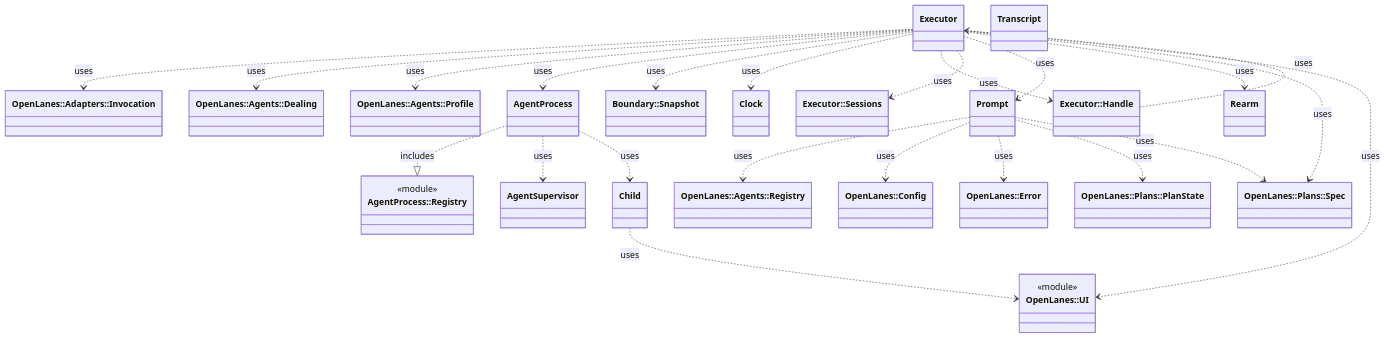
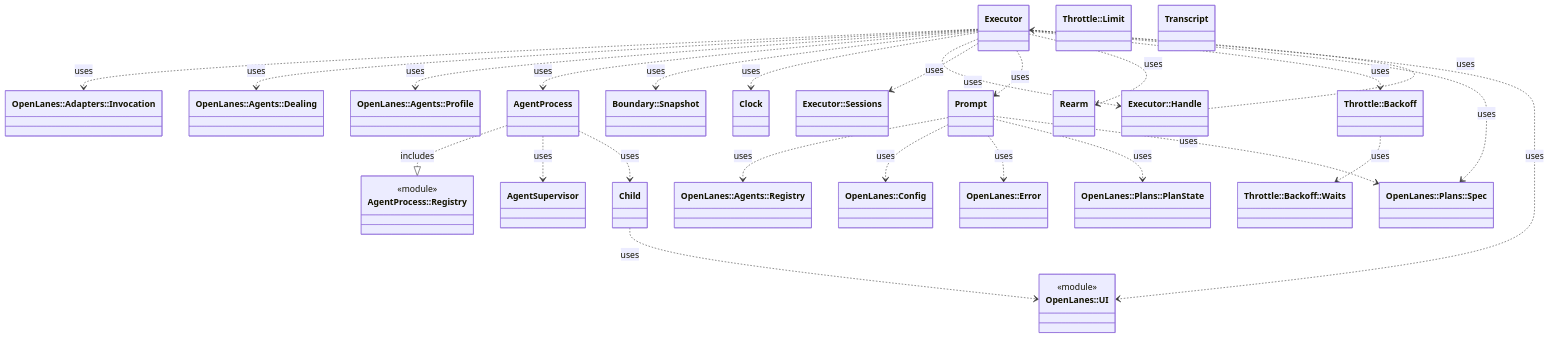
One commit to kigster/openlanes changed the diagram in docs/architecture/openlanes-execution.md. Above: the diagram before and after it, drawn with Mermaid. The commit also changed 3 other files, not shown here.

````diff
--- a/docs/architecture/openlanes-execution.md
+++ b/docs/architecture/openlanes-execution.md
@@ -5,48 +5,53 @@
 ```mermaid
 classDiagram
   class OpenLanes__Adapters__Invocation["OpenLanes::Adapters::Invocation"]
   class OpenLanes__Agents__Dealing["OpenLanes::Agents::Dealing"]
   class OpenLanes__Agents__Profile["OpenLanes::Agents::Profile"]
   class OpenLanes__Agents__Registry["OpenLanes::Agents::Registry"]
   class OpenLanes__Config["OpenLanes::Config"]
   class OpenLanes__Error["OpenLanes::Error"]
   class OpenLanes__Execution__AgentProcess["AgentProcess"]
   class OpenLanes__Execution__AgentProcess__Registry["AgentProcess::Registry"]
   <<module>> OpenLanes__Execution__AgentProcess__Registry
   class OpenLanes__Execution__AgentSupervisor["AgentSupervisor"]
   class OpenLanes__Execution__Boundary__Snapshot["Boundary::Snapshot"]
   class OpenLanes__Execution__Child["Child"]
   class OpenLanes__Execution__Clock["Clock"]
   class OpenLanes__Execution__Executor["Executor"]
   class OpenLanes__Execution__Executor__Handle["Executor::Handle"]
   class OpenLanes__Execution__Executor__Sessions["Executor::Sessions"]
   class OpenLanes__Execution__Prompt["Prompt"]
   class OpenLanes__Execution__Rearm["Rearm"]
+  class OpenLanes__Execution__Throttle__Backoff["Throttle::Backoff"]
+  class OpenLanes__Execution__Throttle__Backoff__Waits["Throttle::Backoff::Waits"]
+  class OpenLanes__Execution__Throttle__Limit["Throttle::Limit"]
   class OpenLanes__Execution__Transcript["Transcript"]
   class OpenLanes__Plans__PlanState["OpenLanes::Plans::PlanState"]
   class OpenLanes__Plans__Spec["OpenLanes::Plans::Spec"]
   class OpenLanes__UI["OpenLanes::UI"]
   <<module>> OpenLanes__UI
   OpenLanes__Execution__AgentProcess ..|> OpenLanes__Execution__AgentProcess__Registry : includes
   OpenLanes__Execution__AgentProcess ..> OpenLanes__Execution__AgentSupervisor : uses
   OpenLanes__Execution__AgentProcess ..> OpenLanes__Execution__Child : uses
   OpenLanes__Execution__Child ..> OpenLanes__UI : uses
   OpenLanes__Execution__Executor ..> OpenLanes__Adapters__Invocation : uses
   OpenLanes__Execution__Executor ..> OpenLanes__Agents__Dealing : uses
   OpenLanes__Execution__Executor ..> OpenLanes__Agents__Profile : uses
   OpenLanes__Execution__Executor ..> OpenLanes__Execution__AgentProcess : uses
   OpenLanes__Execution__Executor ..> OpenLanes__Execution__Boundary__Snapshot : uses
   OpenLanes__Execution__Executor ..> OpenLanes__Execution__Clock : uses
   OpenLanes__Execution__Executor ..> OpenLanes__Execution__Executor__Handle : uses
   OpenLanes__Execution__Executor ..> OpenLanes__Execution__Executor__Sessions : uses
   OpenLanes__Execution__Executor ..> OpenLanes__Execution__Prompt : uses
   OpenLanes__Execution__Executor ..> OpenLanes__Execution__Rearm : uses
+  OpenLanes__Execution__Executor ..> OpenLanes__Execution__Throttle__Backoff : uses
   OpenLanes__Execution__Executor ..> OpenLanes__Plans__Spec : uses
   OpenLanes__Execution__Executor ..> OpenLanes__UI : uses
   OpenLanes__Execution__Executor__Handle ..> OpenLanes__Execution__Executor : uses
   OpenLanes__Execution__Prompt ..> OpenLanes__Agents__Registry : uses
   OpenLanes__Execution__Prompt ..> OpenLanes__Config : uses
   OpenLanes__Execution__Prompt ..> OpenLanes__Error : uses
   OpenLanes__Execution__Prompt ..> OpenLanes__Plans__PlanState : uses
   OpenLanes__Execution__Prompt ..> OpenLanes__Plans__Spec : uses
+  OpenLanes__Execution__Throttle__Backoff ..> OpenLanes__Execution__Throttle__Backoff__Waits : uses
 ```
````
